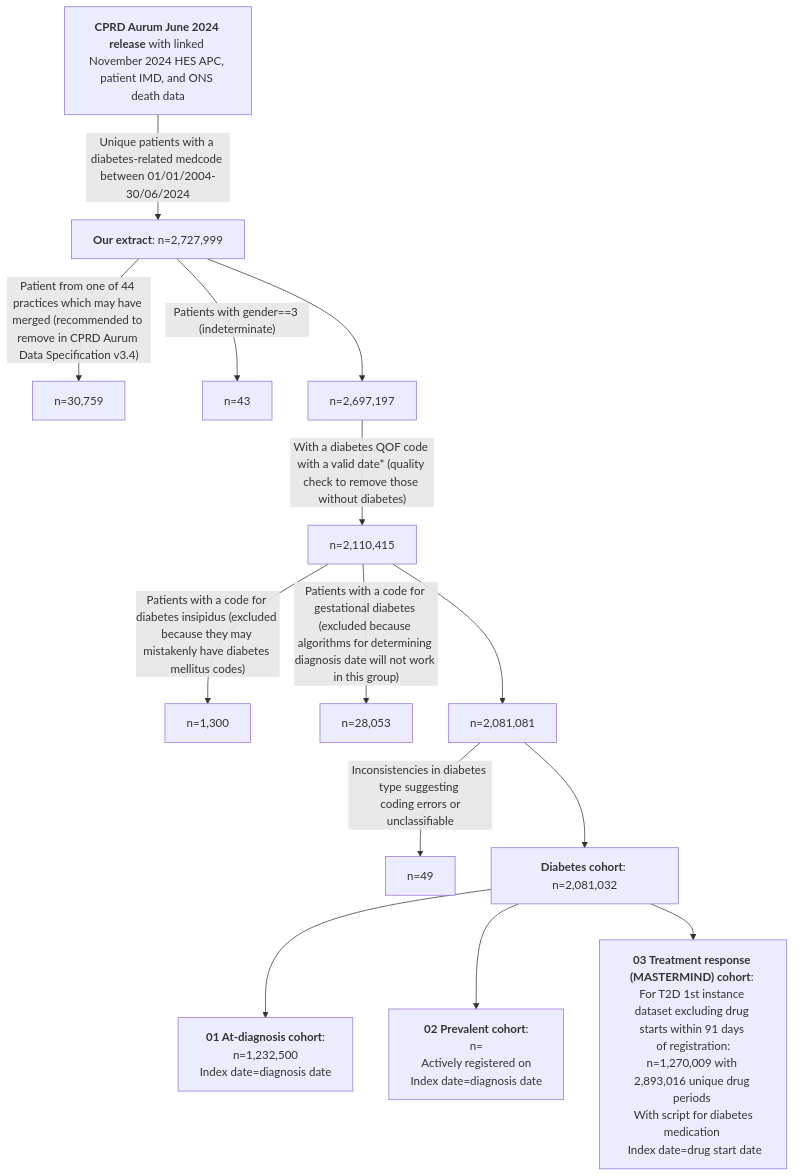
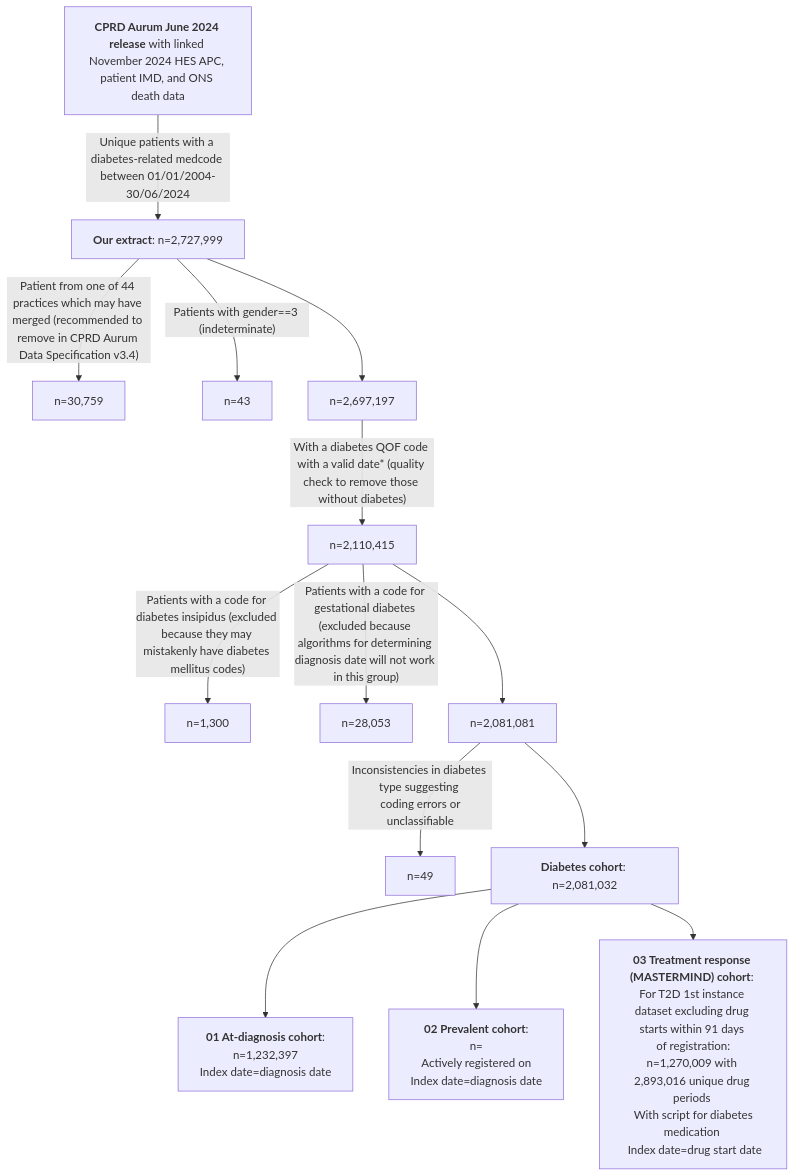
The first of 2 diagrams in README.md (Exeter-Diabetes/CPRD-Cohort-scripts), drawn with Mermaid before and after one commit.

````diff
--- a/README.md
+++ b/README.md
@@ -12,16 +12,16 @@
 ```mermaid
 graph TD;
     A["<b>CPRD Aurum June 2024 release</b> with linked November 2024 HES APC, patient IMD, and ONS death data"] --> |"Unique patients with a diabetes-related medcode between 01/01/2004-30/06/2024"| B["<b>Our extract</b>: n=2,727,999"]
     B -->|"Patient from one of 44 practices which may have merged (recommended to remove in CPRD Aurum Data Specification v3.4)"|C["n=30,759"]
     B -->|"Patients with gender==3 (indeterminate)"|D["n=43"]
     B --> E["n=2,697,197"]
     E -->|"With a diabetes QOF code with a valid date* (quality check to remove those without diabetes)"|F["n=2,110,415"]
     F -->|"Patients with a code for diabetes insipidus (excluded because they may mistakenly have diabetes mellitus codes)"|G["n=1,300"]
     F -->|"Patients with a code for gestational diabetes (excluded because algorithms for determining diagnosis date will not work in this group)"|H["n=28,053"]
     F --> I["n=2,081,081"]
     I --> |"Inconsistencies in diabetes type suggesting <br> coding errors or unclassifiable"|J["n=49"]
     I --> K["<b>Diabetes cohort</b>: n=2,081,032"]
-    K --> L["<b>01 At-diagnosis cohort</b>: <br> n=1,232,500 <br> Index date=diagnosis date"]
+    K --> L["<b>01 At-diagnosis cohort</b>: <br> n=1,232,397 <br> Index date=diagnosis date"]
     K --> M["<b>02 Prevalent cohort</b>: <br> n= <br> Actively registered on  <br> Index date=diagnosis date"]
     K --> N["<b>03 Treatment response (MASTERMIND) cohort</b>: For T2D 1st instance dataset excluding drug starts within 91 days <br> of registration: n=1,270,009 with 2,893,016 unique drug periods <br> With script for diabetes medication <br> Index date=drug start date"]
 ```
````
